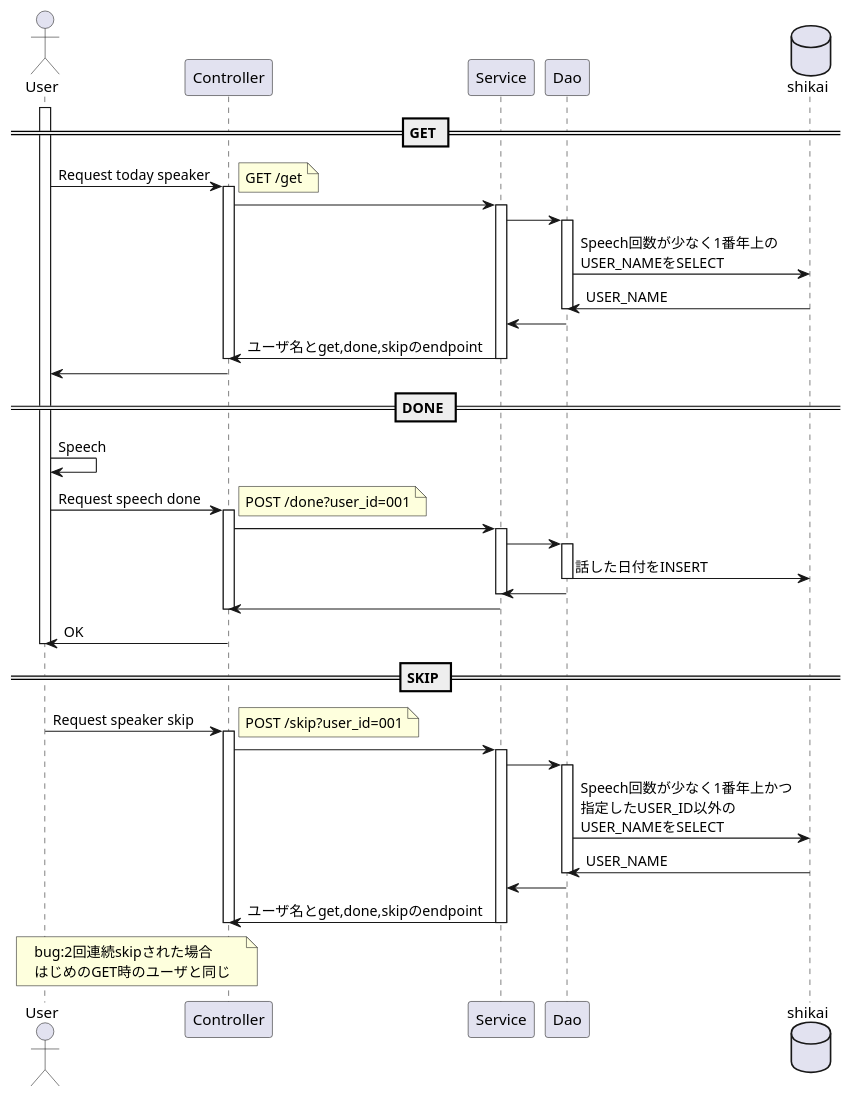
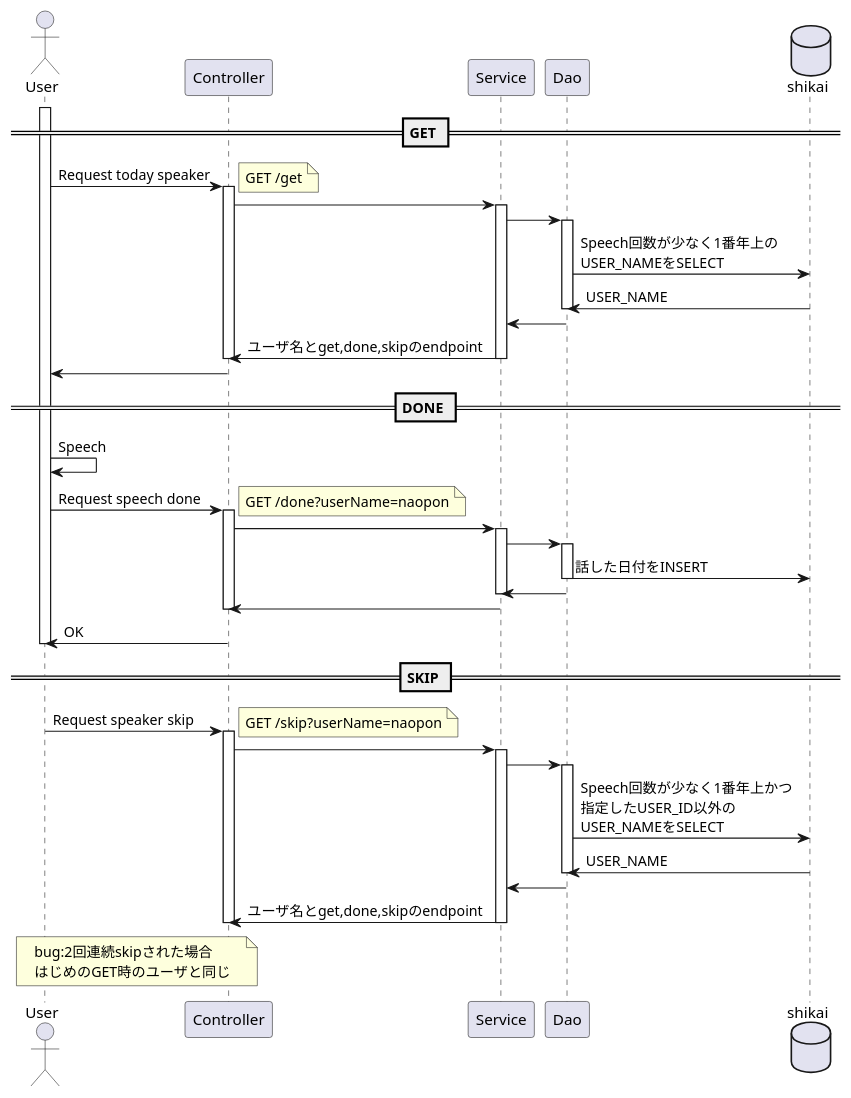
Before and after one commit to naonaoakiaki/shikai-bot: the diagram in uml/src/sequence.puml, drawn with PlantUML. The commit also changed 2 other files, not shown here.

```diff
--- a/uml/src/sequence.puml
+++ b/uml/src/sequence.puml
@@ -1,62 +1,62 @@
 @startuml
 
 actor User
 
 == GET ==
 activate User
 User -> Controller : Request today speaker
 note right : GET /get
 activate Controller
 Controller -> Service
 activate Service
 Service -> Dao
 activate Dao
 database shikai
 Dao -> shikai : Speech回数が少なく1番年上の\nUSER_NAMEをSELECT
 shikai -> Dao : USER_NAME
 deactivate Dao
 Dao -> Service
 Service -> Controller : ユーザ名とget,done,skipのendpoint
 deactivate Service
 deactivate Controller
 Controller -> User
 
 == DONE ==
 User -> User : Speech
 User -> Controller : Request speech done
-note right : POST /done?user_id=001
+note right : GET /done?userName=naopon
 activate Controller
 Controller -> Service
 activate Service
 Service -> Dao
 activate Dao
 Dao -> shikai : 話した日付をINSERT
 deactivate Dao
 Dao -> Service
 deactivate Service
 Service -> Controller
 deactivate Controller
 Controller -> User : OK
 deactivate User
 
 == SKIP ==
 User -> Controller : Request speaker skip
-note right : POST /skip?user_id=001
+note right : GET /skip?userName=naopon
 activate Controller
 Controller -> Service
 activate Service
 Service -> Dao
 activate Dao
 database shikai
 Dao -> shikai : Speech回数が少なく1番年上かつ\n指定したUSER_ID以外の\nUSER_NAMEをSELECT
 shikai -> Dao : USER_NAME
 deactivate Dao
 Dao -> Service
 Service -> Controller : ユーザ名とget,done,skipのendpoint
 deactivate Service
 deactivate Controller
 note over User, Controller
      bug:2回連続skipされた場合
      はじめのGET時のユーザと同じ
 end note
 @enduml
```
